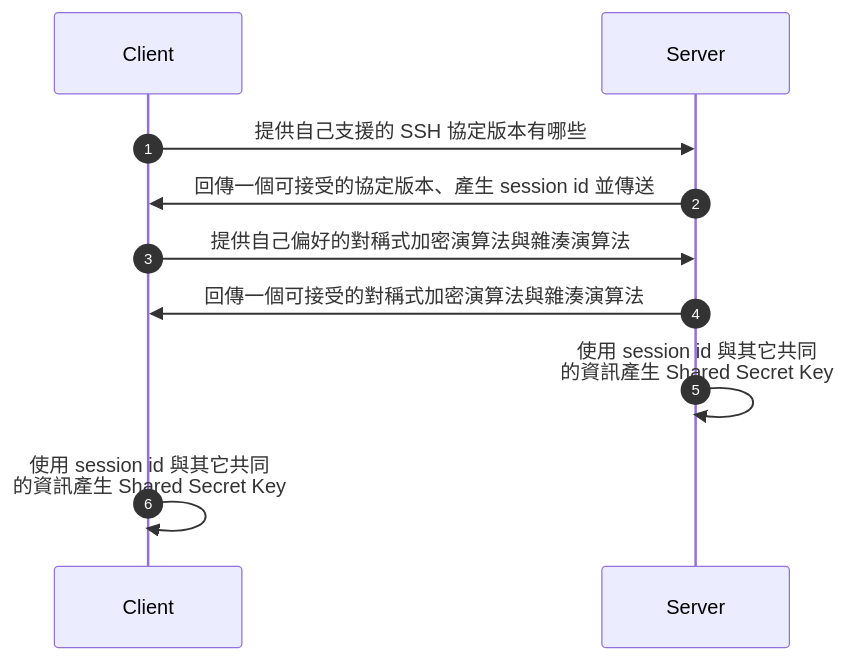
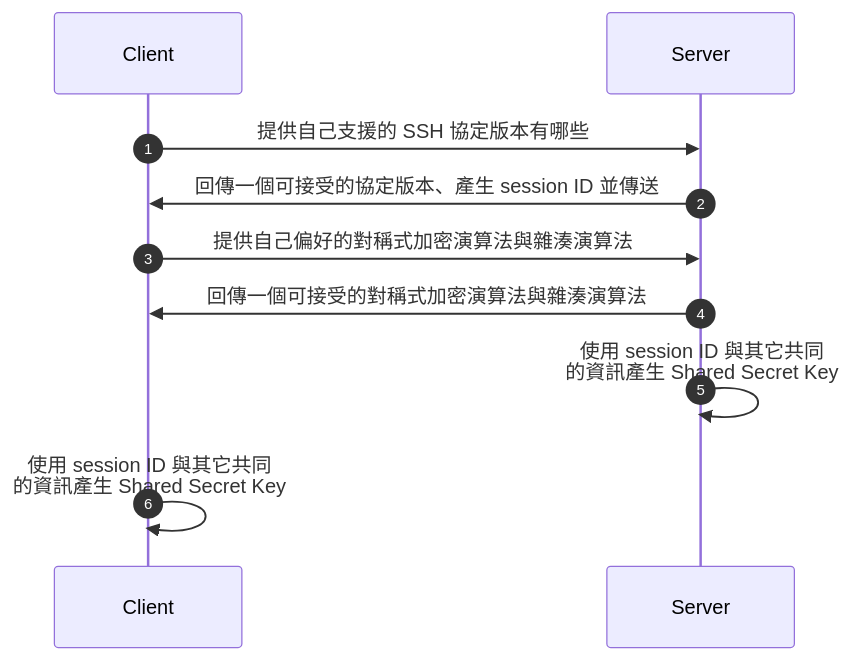
Before and after one commit to bingyangchen/KM-software: the second of 7 diagrams in Network/SSH/SSH 基本概念.md, drawn with Mermaid. The commit also changed other lines of this file and 20 other files, not shown here.

````diff
--- a/Network/SSH/SSH 基本概念.md
+++ b/Network/SSH/SSH 基本概念.md
@@ -54,10 +54,10 @@
 ```mermaid
 sequenceDiagram
     autonumber
     Client->>Server: 提供自己支援的 SSH 協定版本有哪些
-    Server->>Client: 回傳一個可接受的協定版本、產生 session id 並傳送
+    Server->>Client: 回傳一個可接受的協定版本、產生 session ID 並傳送
     Client->>Server: 提供自己偏好的對稱式加密演算法與雜湊演算法
     Server->>Client: 回傳一個可接受的對稱式加密演算法與雜湊演算法
-    Server->>Server: 使用 session id 與其它共同<br/>的資訊產生 Shared Secret Key
-    Client->>Client: 使用 session id 與其它共同<br/>的資訊產生 Shared Secret Key
+    Server->>Server: 使用 session ID 與其它共同<br/>的資訊產生 Shared Secret Key
+    Client->>Client: 使用 session ID 與其它共同<br/>的資訊產生 Shared Secret Key
 ```
````
